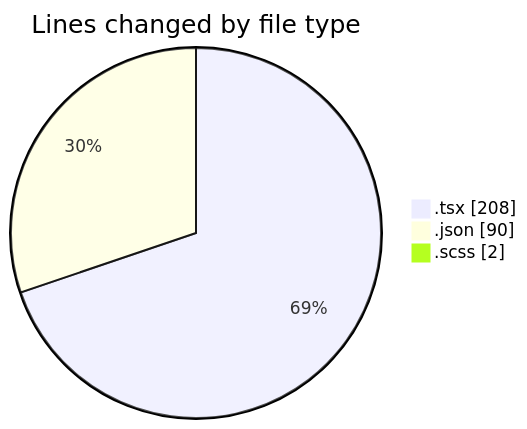
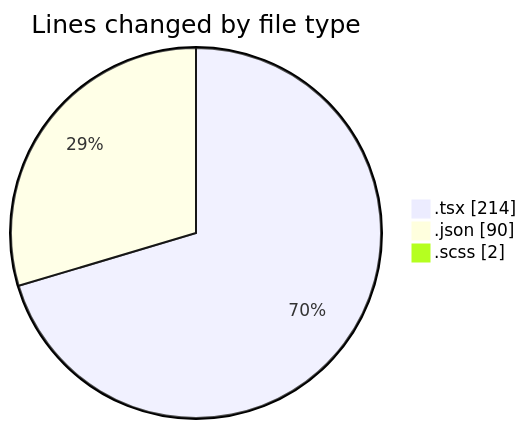
Before and after one commit to momahboobian/code-tracking: the first of 2 diagrams in 2026-05-13/cda/README.md, drawn with Mermaid. The commit also changed other lines of this file and 1 other file, not shown here.

````diff
--- a/2026-05-13/cda/README.md
+++ b/2026-05-13/cda/README.md
@@ -24,7 +24,7 @@
 ```mermaid
 pie showData
 title Lines changed by file type
-".tsx" : 208
+".tsx" : 214
 ".json" : 90
 ".scss" : 2
 ```
````
